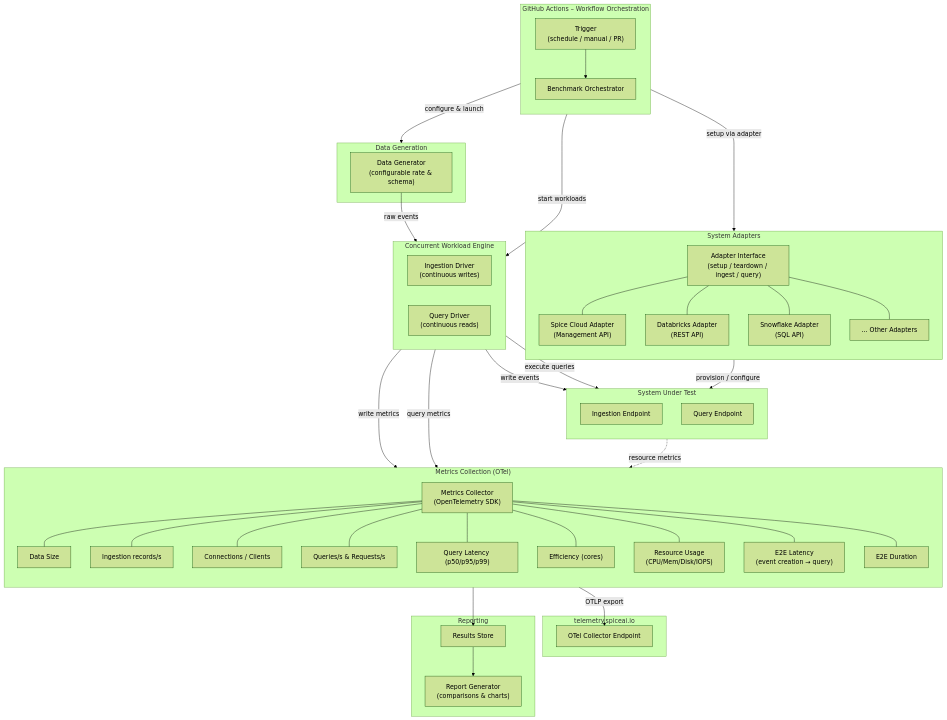
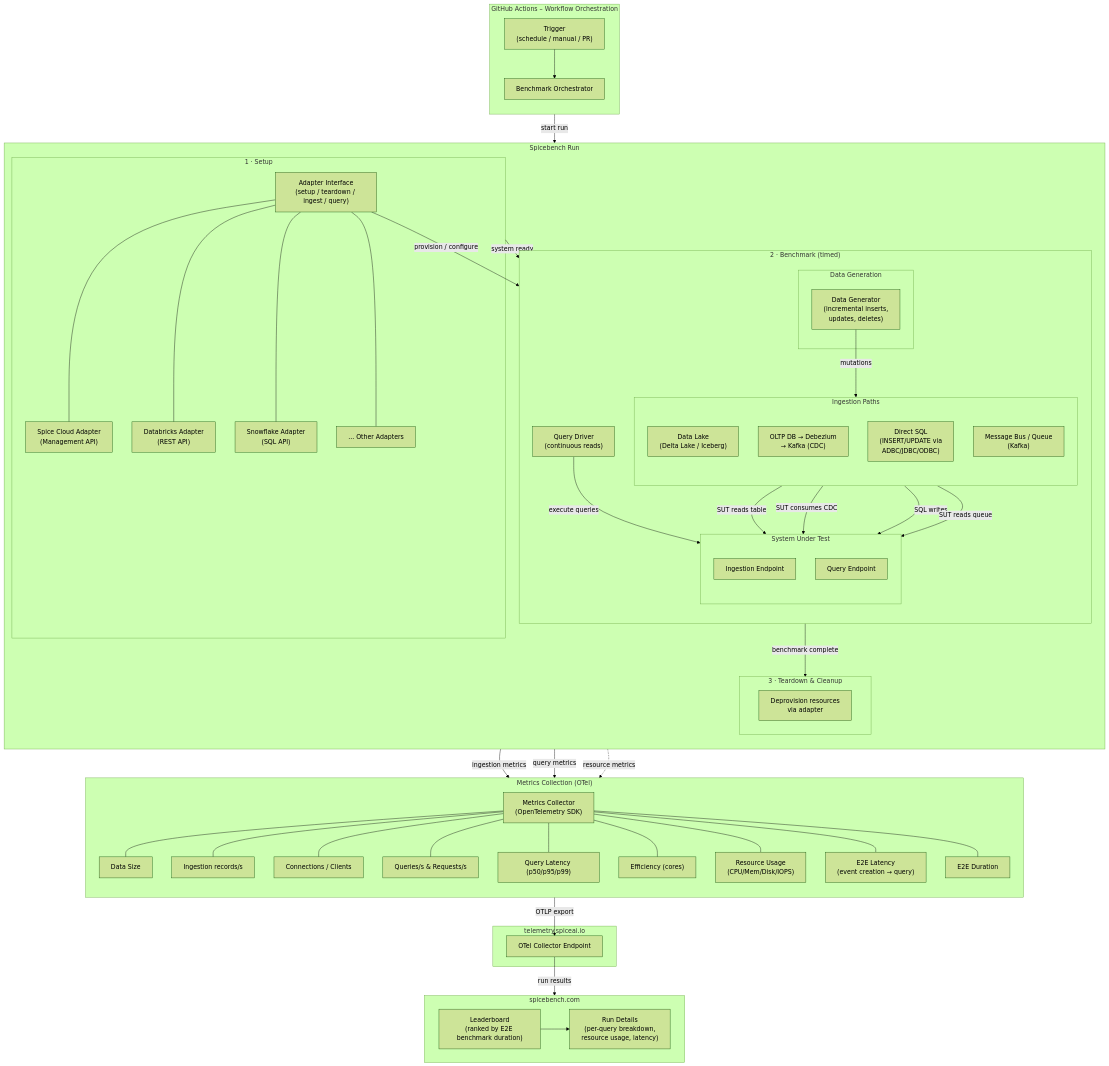
One commit to spiceai/spicebench changed the diagram in README.md. Above: the diagram before and after it, drawn with Mermaid (forest theme). The commit also changed other lines of this file, not shown here.

Commit message:
Add ingestion mechanisms

````diff
--- a/README.md
+++ b/README.md
@@ -13,33 +13,48 @@
         trigger --> orchestrator
     end
 
-    subgraph datagen["Data Generation"]
-        generator["Data Generator\n(configurable rate & schema)"]
-    end
+    subgraph run["Spicebench Run"]
+        direction TB
 
-    subgraph adapters["System Adapters"]
-        direction TB
-        adapter_iface["Adapter Interface\n(setup / teardown / ingest / query)"]
-        spice["Spice Cloud Adapter\n(Management API)"]
-        databricks["Databricks Adapter\n(REST API)"]
-        snowflake["Snowflake Adapter\n(SQL API)"]
-        other["... Other Adapters"]
-        adapter_iface --- spice
-        adapter_iface --- databricks
-        adapter_iface --- snowflake
-        adapter_iface --- other
-    end
+        subgraph setup_phase["1 · Setup"]
+            adapter_iface["Adapter Interface\n(setup / teardown / ingest / query)"]
+            spice["Spice Cloud Adapter\n(Management API)"]
+            databricks["Databricks Adapter\n(REST API)"]
+            snowflake["Snowflake Adapter\n(SQL API)"]
+            other["... Other Adapters"]
+            adapter_iface --- spice
+            adapter_iface --- databricks
+            adapter_iface --- snowflake
+            adapter_iface --- other
+        end
 
-    subgraph sut["System Under Test"]
-        direction TB
-        ingest_ep["Ingestion Endpoint"]
-        query_ep["Query Endpoint"]
-    end
+        subgraph bench_phase["2 · Benchmark (timed)"]
+            direction TB
 
-    subgraph workload["Concurrent Workload Engine"]
-        direction LR
-        ingestion_driver["Ingestion Driver\n(continuous writes)"]
-        query_driver["Query Driver\n(continuous reads)"]
+            subgraph datagen["Data Generation"]
+                generator["Data Generator\n(incremental inserts,\nupdates, deletes)"]
+            end
+
+            subgraph ingestion_paths["Ingestion Paths"]
+                direction TB
+                datalake["Data Lake\n(Delta Lake / Iceberg)"]
+                oltp_cdc["OLTP DB → Debezium\n→ Kafka (CDC)"]
+                direct["Direct SQL\n(INSERT/UPDATE via\nADBC/JDBC/ODBC)"]
+                kafka["Message Bus / Queue\n(Kafka)"]
+            end
+
+            subgraph sut["System Under Test"]
+                direction TB
+                ingest_ep["Ingestion Endpoint"]
+                query_ep["Query Endpoint"]
+            end
+
+            query_driver["Query Driver\n(continuous reads)"]
+        end
+
+        subgraph teardown_phase["3 · Teardown & Cleanup"]
+            cleanup["Deprovision resources\nvia adapter"]
+        end
     end
 
     subgraph metrics["Metrics Collection (OTel)"]
@@ -69,26 +84,29 @@
         otel_endpoint["OTel Collector Endpoint"]
     end
 
-    subgraph reporting["Reporting"]
-        results["Results Store"]
-        report["Report Generator\n(comparisons & charts)"]
-        results --> report
+    subgraph website["spicebench.com"]
+        leaderboard["Leaderboard\n(ranked by E2E benchmark duration)"]
+        run_details["Run Details\n(per-query breakdown,\nresource usage, latency)"]
+        leaderboard --> run_details
     end
 
-    orchestrator -->|"configure & launch"| datagen
-    orchestrator -->|"setup via adapter"| adapters
-    orchestrator -->|"start workloads"| workload
+    orchestrator -->|"start run"| run
 
-    generator -->|"raw events"| ingestion_driver
     adapter_iface -->|"provision / configure"| sut
+    setup_phase -->|"system ready"| bench_phase
+    bench_phase -->|"benchmark complete"| teardown_phase
 
-    ingestion_driver -->|"write events"| ingest_ep
+    generator -->|"mutations"| ingestion_paths
+    datalake -->|"SUT reads table"| ingest_ep
+    oltp_cdc -->|"SUT consumes CDC"| ingest_ep
+    direct -->|"SQL writes"| ingest_ep
+    kafka -->|"SUT reads queue"| ingest_ep
     query_driver -->|"execute queries"| query_ep
 
-    ingestion_driver -->|"write metrics"| collector
+    generator -->|"ingestion metrics"| collector
     query_driver -->|"query metrics"| collector
     sut -.->|"resource metrics"| collector
 
     collector -->|"OTLP export"| otel_endpoint
-    collector --> results
+    otel_endpoint -->|"run results"| website
 ```
````
